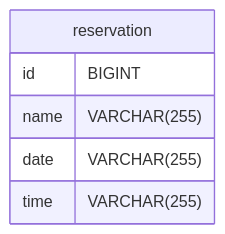
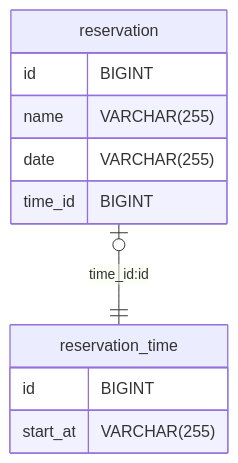
One commit to woowacourse/spring-roomescape-admin changed the diagram in docs/README.md. Above: the diagram before and after it, drawn with Mermaid. The commit also changed other lines of this file, not shown here.

````diff
--- a/docs/README.md
+++ b/docs/README.md
@@ -30,9 +32,14 @@
 ``` mermaid
 erDiagram
+    reservation o|--|| reservation_time : "time_id:id"
     reservation {
         id BIGINT
         name VARCHAR(255)
         date VARCHAR(255)
-        time VARCHAR(255)
+        time_id BIGINT
+    }
+    reservation_time {
+        id BIGINT
+        start_at VARCHAR(255)
     }
 ```
````
